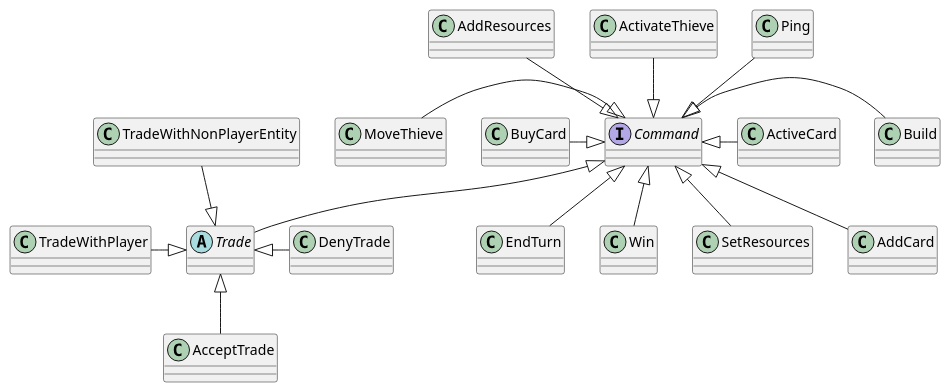
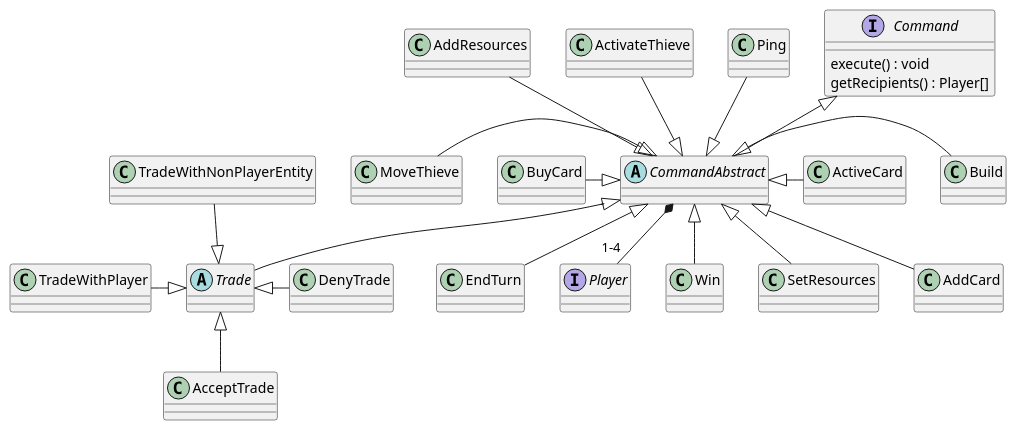
Before and after one commit to theray1/Les-Colons-De-Catane: the diagram in catan-doc/modules/conception/pages/classDiagramCommands.adoc, drawn with PlantUML. The commit also changed 2 other files, not shown here.

```diff
--- a/catan-doc/modules/conception/pages/classDiagramCommands.adoc
+++ b/catan-doc/modules/conception/pages/classDiagramCommands.adoc
@@ -1,41 +1,50 @@
 [plantuml]
 ....
 @startuml
   abstract Trade {}
+  abstract CommandAbstract{}
   class TradeWithPlayer {}
   class TradeWithNonPlayerEntity {}
   class AcceptTrade {}
   class DenyTrade {}
   class BuyCard {}
   class MoveThieve {}
   class Build {}
   class ActiveCard {}
   class Ping {}
   class ActivateThieve {}
   class Win {}
   class SetResources{}
   class AddResources{}
   class AddCard{}
   class EndTurn{}
   
-  interface Command{}
+  interface Player{}
+  
+  interface Command{
+  	execute() : void
+  	getRecipients() : Player[]
+  }
   
   Trade <|-left- TradeWithPlayer
   Trade <|-up- TradeWithNonPlayerEntity
   Trade <|-down- AcceptTrade
   Trade <|-right- DenyTrade
   
-  Command <|-left- BuyCard
-  Command <|-left- MoveThieve
-  Command <|-right- Build
-  Command <|-right- ActiveCard
-  Command <|-up- Ping
-  Command <|-up- ActivateThieve
-  Command <|-up- AddResources
-  Command <|-down- AddCard
-  Command <|-down- Win
-  Command <|-down- SetResources
-  Command <|-- EndTurn
-  Command <|-- Trade
+  Command <|-down- CommandAbstract
+  CommandAbstract <|-left- BuyCard
+  CommandAbstract <|-left- MoveThieve
+  CommandAbstract <|-right- Build
+  CommandAbstract <|-right- ActiveCard
+  CommandAbstract <|-up- Ping
+  CommandAbstract <|-up- ActivateThieve
+  CommandAbstract <|-up- AddResources
+  CommandAbstract <|-down- AddCard
+  CommandAbstract <|-down- Win
+  CommandAbstract <|-down- SetResources
+  CommandAbstract <|-- EndTurn
+  CommandAbstract <|-- Trade
+  
+  CommandAbstract *-- "1-4" Player
 @enduml
 ....
```
